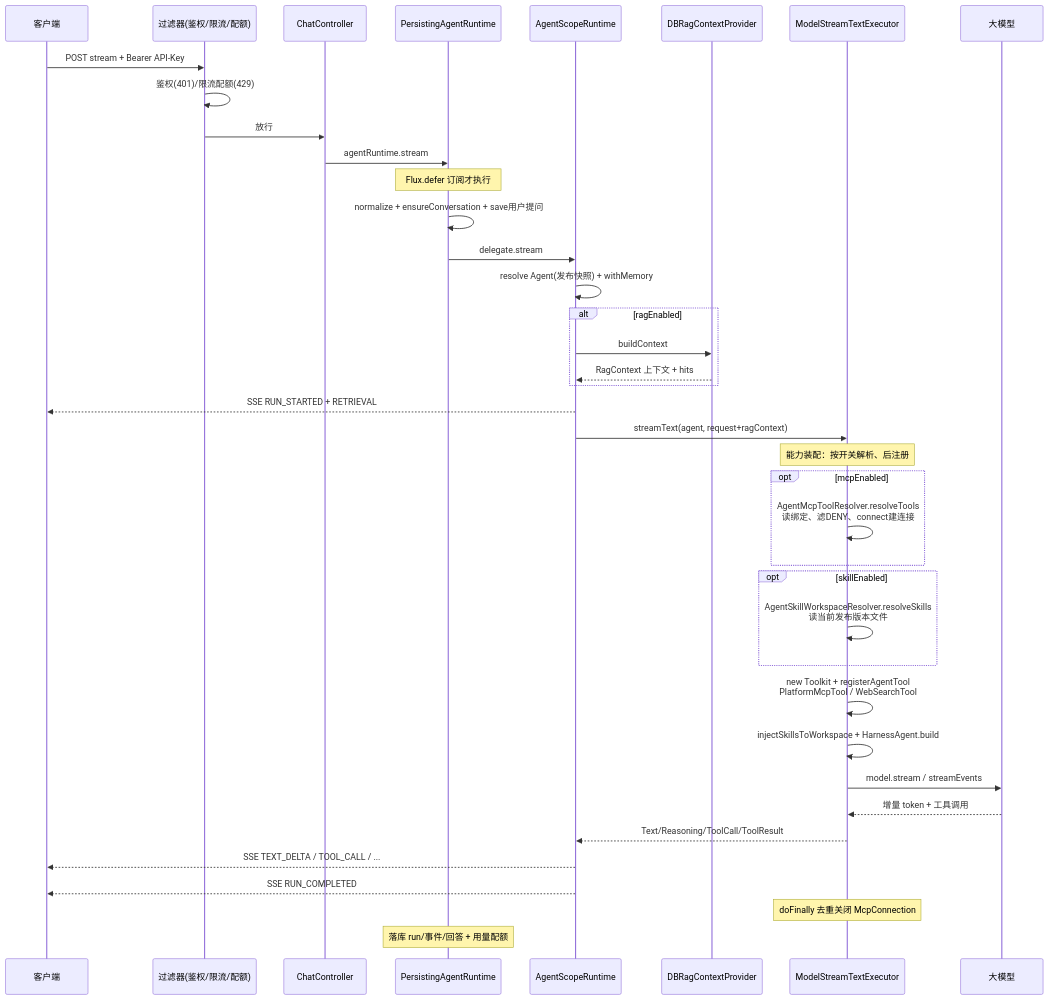
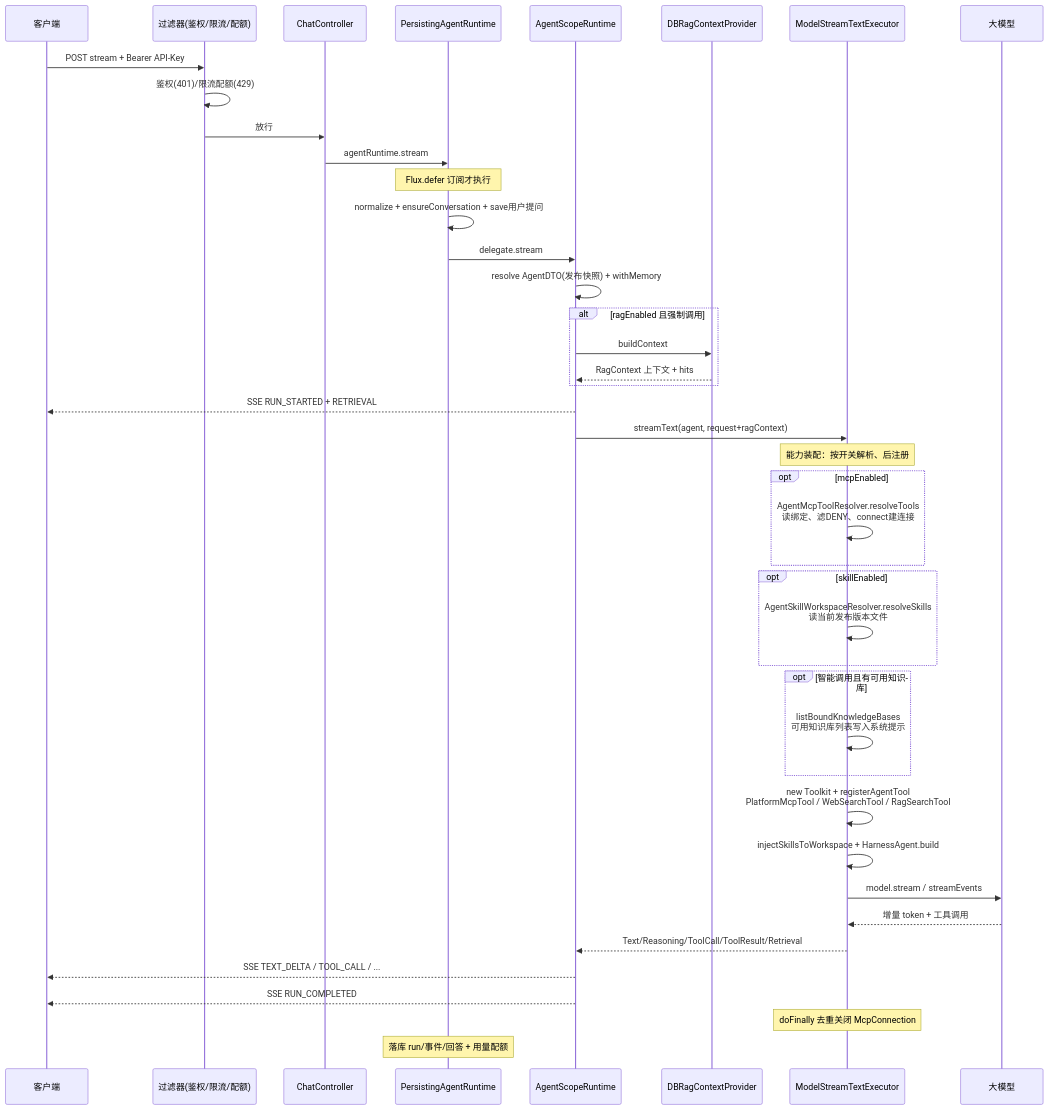
One commit to zyw/v5ai-nb changed the first of 3 diagrams in AGENTS.md. Above: the diagram before and after it, drawn with Mermaid. The commit also changed other lines of this file and 11 other files, not shown here.

````diff
--- a/AGENTS.md
+++ b/AGENTS.md
@@ -86,42 +88,45 @@
 ```mermaid
 sequenceDiagram
     participant U as 客户端
     participant F as 过滤器(鉴权/限流/配额)
     participant C as ChatController
     participant P as PersistingAgentRuntime
     participant A as AgentScopeRuntime
     participant R as DBRagContextProvider
     participant E as ModelStreamTextExecutor
     participant M as 大模型
 
     U->>F: POST stream + Bearer API-Key
     F->>F: 鉴权(401)/限流配额(429)
     F->>C: 放行
     C->>P: agentRuntime.stream
     Note over P: Flux.defer 订阅才执行
     P->>P: normalize + ensureConversation + save用户提问
     P->>A: delegate.stream
-    A->>A: resolve Agent(发布快照) + withMemory
-    alt ragEnabled
+    A->>A: resolve AgentDTO(发布快照) + withMemory
+    alt ragEnabled 且强制调用
         A->>R: buildContext
         R-->>A: RagContext 上下文 + hits
     end
     A-->>U: SSE RUN_STARTED + RETRIEVAL
     A->>E: streamText(agent, request+ragContext)
     Note over E: 能力装配：按开关解析、后注册
     opt mcpEnabled
         E->>E: AgentMcpToolResolver.resolveTools<br/>读绑定、滤DENY、connect建连接
     end
     opt skillEnabled
         E->>E: AgentSkillWorkspaceResolver.resolveSkills<br/>读当前发布版本文件
     end
-    E->>E: new Toolkit + registerAgentTool<br/>PlatformMcpTool / WebSearchTool
+    opt 智能调用且有可用知识库
+        E->>E: listBoundKnowledgeBases<br/>可用知识库列表写入系统提示
+    end
+    E->>E: new Toolkit + registerAgentTool<br/>PlatformMcpTool / WebSearchTool / RagSearchTool
     E->>E: injectSkillsToWorkspace + HarnessAgent.build
     E->>M: model.stream / streamEvents
     M-->>E: 增量 token + 工具调用
-    E-->>A: Text/Reasoning/ToolCall/ToolResult
+    E-->>A: Text/Reasoning/ToolCall/ToolResult/Retrieval
     A-->>U: SSE TEXT_DELTA / TOOL_CALL / ...
     A-->>U: SSE RUN_COMPLETED
     Note over E: doFinally 去重关闭 McpConnection
     Note over P: 落库 run/事件/回答 + 用量配额
 ```
````
